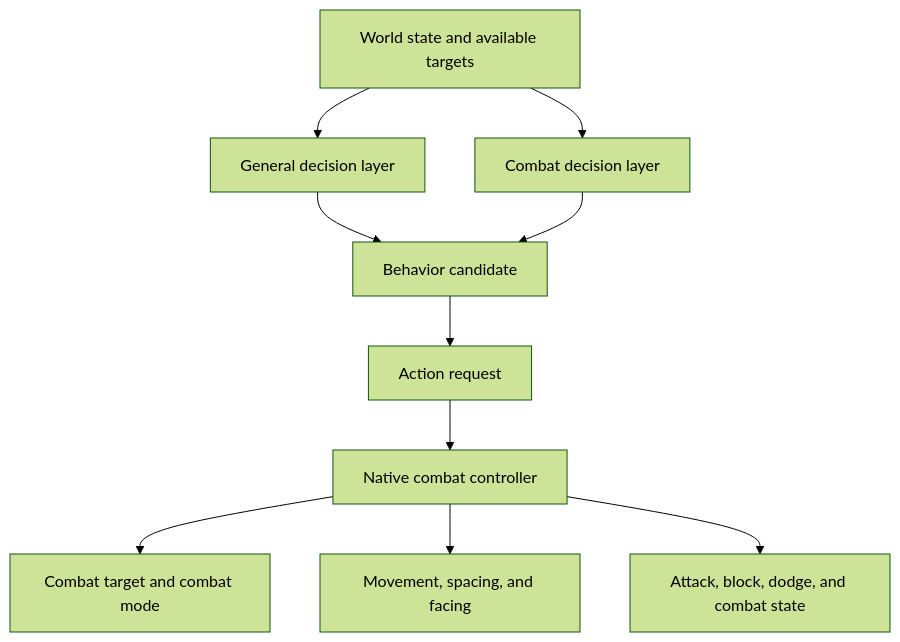
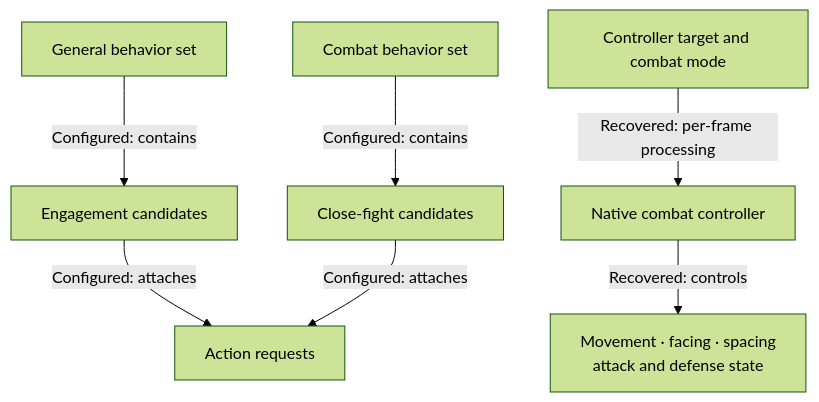
The diagram in docs/Systems/Chivalry2/Bot Behavior/how-bots-work.md (Knutschbert/ArgonSDK-FieldGuide), drawn with Mermaid (forest theme) before and after one commit. The commit also changed other lines of this file and 9 other files, not shown here.

````diff
--- a/docs/Systems/Chivalry2/Bot Behavior/how-bots-work.md
+++ b/docs/Systems/Chivalry2/Bot Behavior/how-bots-work.md
@@ -18,12 +18,9 @@
 ```mermaid
 flowchart TD
-  A[World state and available targets] --> B[General decision layer]
-  A --> C[Combat decision layer]
-  B --> D[Behavior candidate]
-  C --> D
-  D --> E[Action request]
-  E --> F[Native combat controller]
-  F --> G[Combat target and combat mode]
-  F --> H[Movement, spacing, and facing]
-  F --> I[Attack, block, dodge, and combat state]
+  B[General behavior set] -->|Configured: contains| G[Engagement candidates]
+  C[Combat behavior set] -->|Configured: contains| D[Close-fight candidates]
+  G -->|Configured: attaches| E[Action requests]
+  D -->|Configured: attaches| E
+  T[Controller target and combat mode] -->|Recovered: per-frame processing| F[Native combat controller]
+  F -->|Recovered: controls| H[Movement · facing · spacing<br/>attack and defense state]
 ```
````
